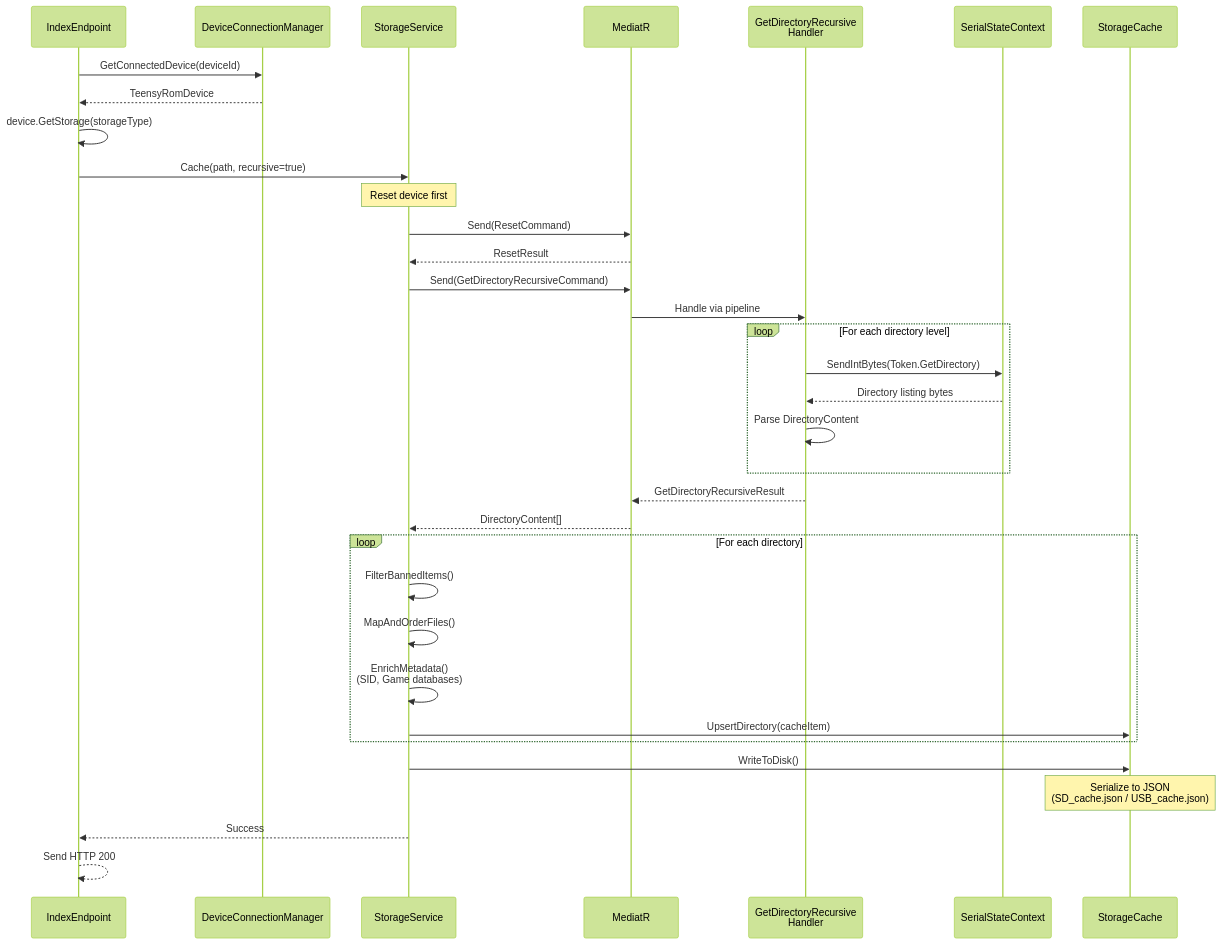
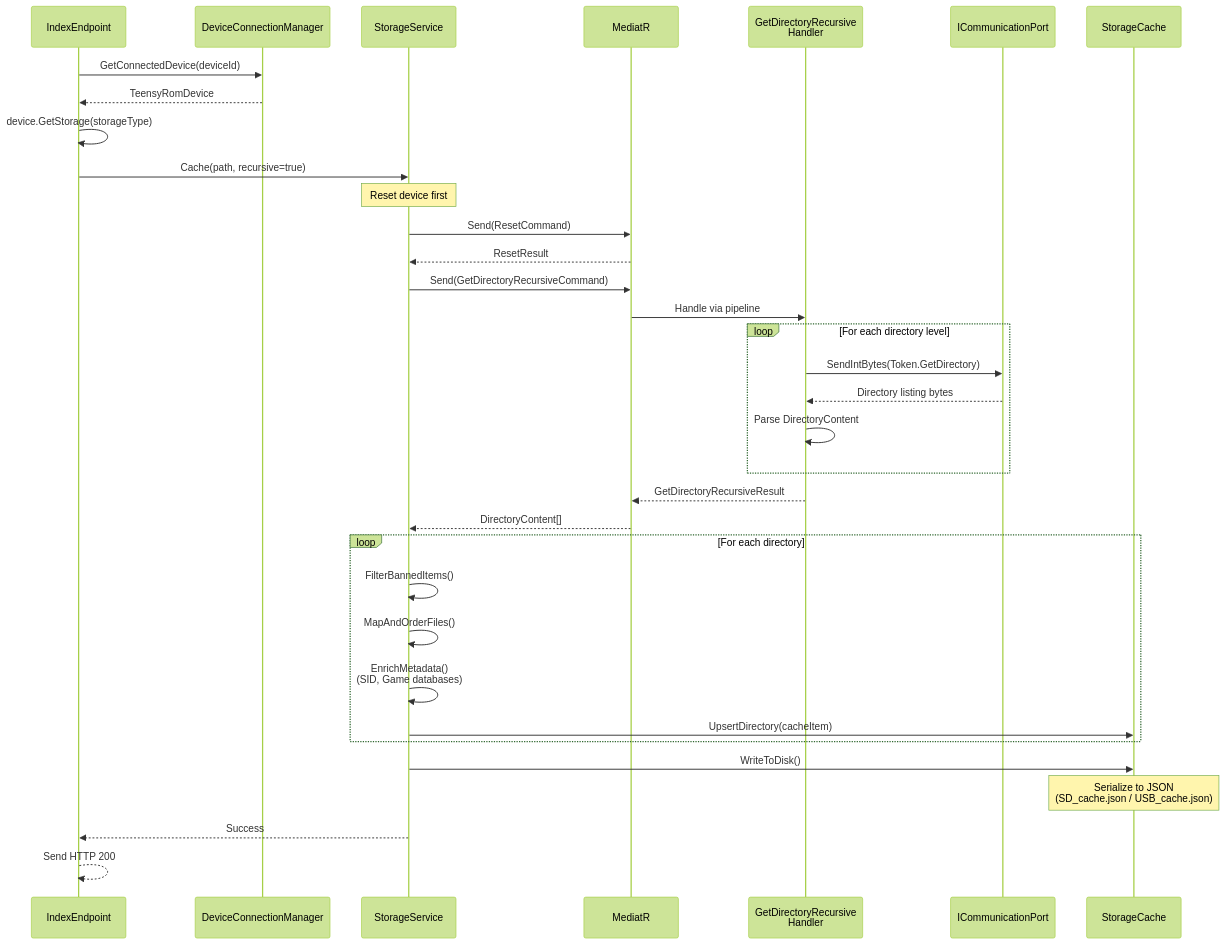
The fourth of 4 diagrams in src/.claude/skills/backend-architecture/references/BACKEND_ARCHITECTURE.md (MetalHexx/TeensyROM-Web), drawn with Mermaid (forest theme) before and after one commit. The commit also changed other lines of this file and 197 other files, not shown here.

````diff
--- a/src/.claude/skills/backend-architecture/references/BACKEND_ARCHITECTURE.md
+++ b/src/.claude/skills/backend-architecture/references/BACKEND_ARCHITECTURE.md
@@ -396,44 +598,44 @@
 ```mermaid
 sequenceDiagram
     participant EP as IndexEndpoint
     participant DM as DeviceConnectionManager
     participant SS as StorageService
     participant M as MediatR
     participant H as GetDirectoryRecursive<br/>Handler
-    participant Serial as SerialStateContext
+    participant Serial as ICommunicationPort
     participant C as StorageCache
 
     EP->>DM: GetConnectedDevice(deviceId)
     DM-->>EP: TeensyRomDevice
     EP->>EP: device.GetStorage(storageType)
     EP->>SS: Cache(path, recursive=true)
     
     Note over SS: Reset device first
     SS->>M: Send(ResetCommand)
     M-->>SS: ResetResult
     
     SS->>M: Send(GetDirectoryRecursiveCommand)
     M->>H: Handle via pipeline
     
     loop For each directory level
         H->>Serial: SendIntBytes(Token.GetDirectory)
         Serial-->>H: Directory listing bytes
         H->>H: Parse DirectoryContent
     end
     
     H-->>M: GetDirectoryRecursiveResult
     M-->>SS: DirectoryContent[]
     
     loop For each directory
         SS->>SS: FilterBannedItems()
         SS->>SS: MapAndOrderFiles()
         SS->>SS: EnrichMetadata()<br/>(SID, Game databases)
         SS->>C: UpsertDirectory(cacheItem)
     end
     
     SS->>C: WriteToDisk()
     Note over C: Serialize to JSON<br/>(SD_cache.json / USB_cache.json)
     
     SS-->>EP: Success
     EP-->>EP: Send HTTP 200
 ```
````
